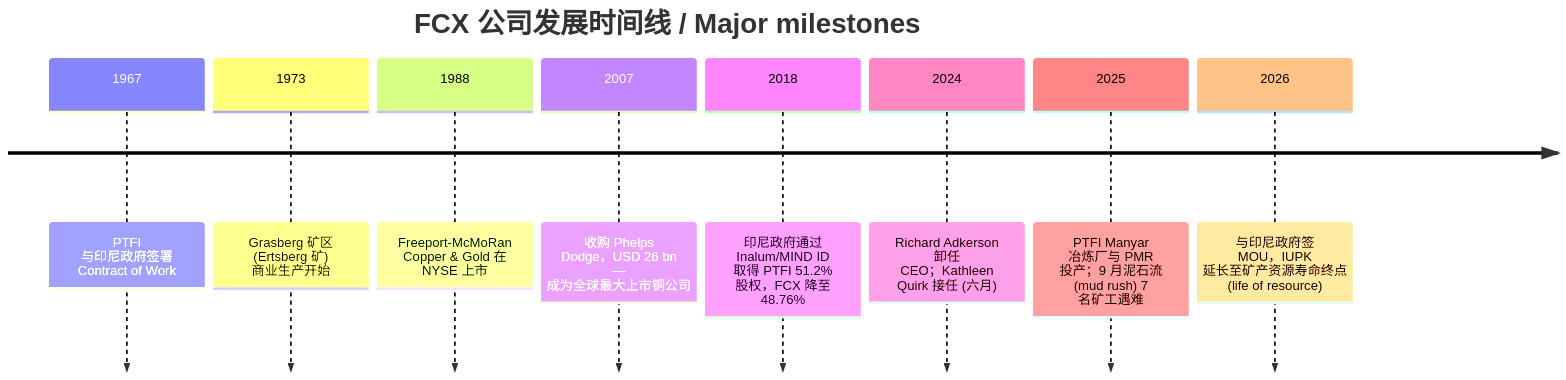
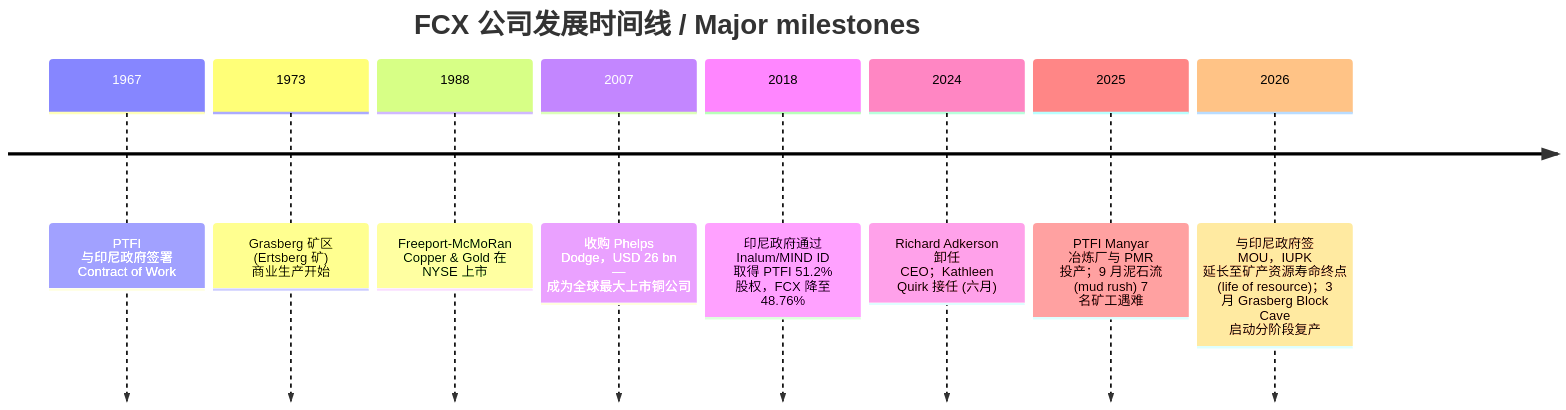
One commit to dadachundan/financial_agent changed the first of 5 diagrams in reports/company/FreeportMcMoRan_NYSE_FCX/FreeportMcMoRan_NYSE_FCX_公司研究.md. Above: the diagram before and after it, drawn with Mermaid. The commit also changed other lines of this file and 9 other files, not shown here.

````diff
--- a/reports/company/FreeportMcMoRan_NYSE_FCX/FreeportMcMoRan_NYSE_FCX_公司研究.md
+++ b/reports/company/FreeportMcMoRan_NYSE_FCX/FreeportMcMoRan_NYSE_FCX_公司研究.md
@@ -49,12 +519,12 @@
 ```mermaid
 timeline
     title FCX 公司发展时间线 / Major milestones
     1967 : PTFI 与印尼政府签署 Contract of Work
     1973 : Grasberg 矿区 (Ertsberg 矿) 商业生产开始
     1988 : Freeport-McMoRan Copper & Gold 在 NYSE 上市
     2007 : 收购 Phelps Dodge，USD 26 bn — 成为全球最大上市铜公司
     2018 : 印尼政府通过 Inalum/MIND ID 取得 PTFI 51.2% 股权，FCX 降至 48.76%
     2024 : Richard Adkerson 卸任 CEO；Kathleen Quirk 接任 (六月)
     2025 : PTFI Manyar 冶炼厂与 PMR 投产；9 月泥石流 (mud rush) 7 名矿工遇难
-    2026 : 与印尼政府签 MOU，IUPK 延长至矿产资源寿命终点 (life of resource)
+    2026 : 与印尼政府签 MOU，IUPK 延长至矿产资源寿命终点 (life of resource)；3 月 Grasberg Block Cave 启动分阶段复产
 ```
````
